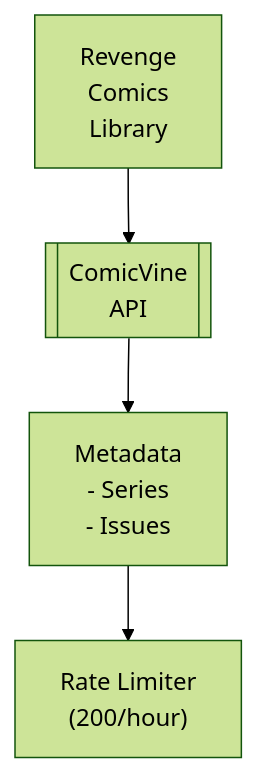
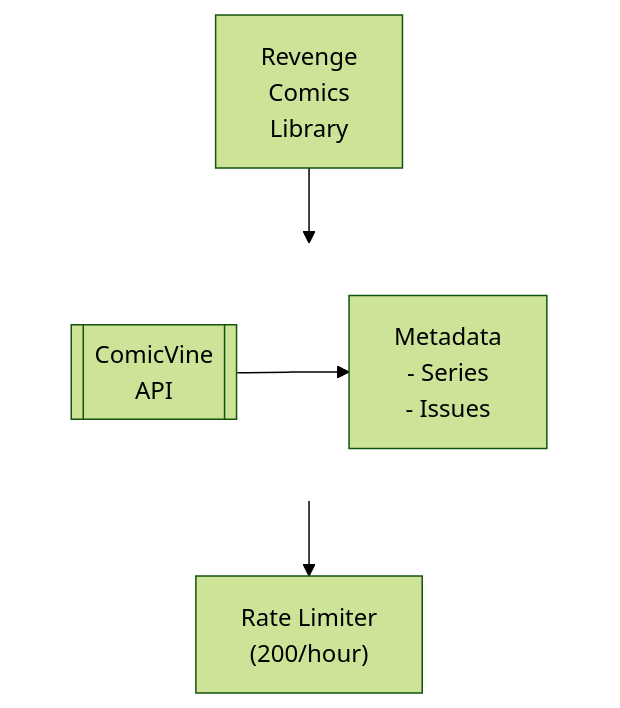
The diagram in docs/dev/design/integrations/metadata/comics/COMICVINE.md (lusoris/revenge), drawn with Mermaid (forest theme) before and after one commit. The commit also changed 210 other files, not shown here.

First line of the commit message:
feat(docs): Add horizontal layout support for Mermaid diagrams

````diff
--- a/docs/dev/design/integrations/metadata/comics/COMICVINE.md
+++ b/docs/dev/design/integrations/metadata/comics/COMICVINE.md
@@ -57,10 +57,16 @@
 ```mermaid
 flowchart TD
     node1["Revenge<br/>Comics<br/>Library"]
-    node2[["ComicVine<br/>API"]]
-    node3["Metadata<br/>- Series<br/>- Issues"]
+    subgraph row1[ ]
+        direction LR
+        node2[["ComicVine<br/>API"]]
+        node3["Metadata<br/>- Series<br/>- Issues"]
+    end
     node4["Rate Limiter<br/>(200/hour)"]
     node2 --> node3
     node1 --> node2
     node3 --> node4
+
+    %% Hide row subgraph borders
+    style row1 fill:transparent,stroke:transparent
 ```
````
